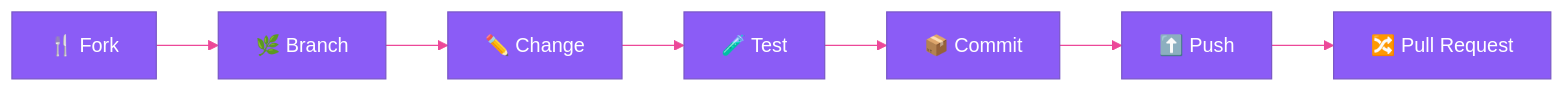
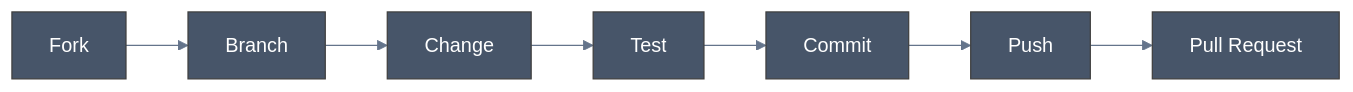
The fourth of 4 diagrams in README.md (LK-Prajapati07/Multi-AI-Agent-System), drawn with Mermaid before and after one commit. The commit also changed other lines of this file, not shown here.

````diff
--- a/README.md
+++ b/README.md
@@ -621,5 +567,5 @@
 ```mermaid
-%%{init: {'theme':'base', 'themeVariables': {'primaryColor':'#8B5CF6','primaryTextColor':'#fff','lineColor':'#EC4899'}}}%%
+%%{init: {'theme':'base', 'themeVariables': {'primaryColor':'#475569','primaryTextColor':'#fff','lineColor':'#64748b'}}}%%
 flowchart LR
-    A[🍴 Fork] --> B[🌿 Branch] --> C[✏️ Change] --> D[🧪 Test] --> E[📦 Commit] --> F[⬆️ Push] --> G[🔀 Pull Request]
+    A[Fork] --> B[Branch] --> C[Change] --> D[Test] --> E[Commit] --> F[Push] --> G[Pull Request]
 ```
````
